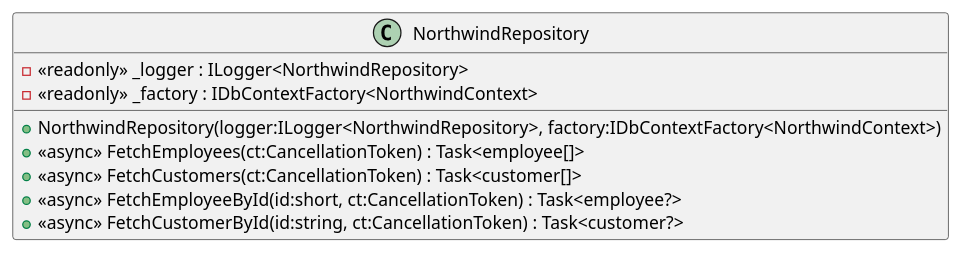
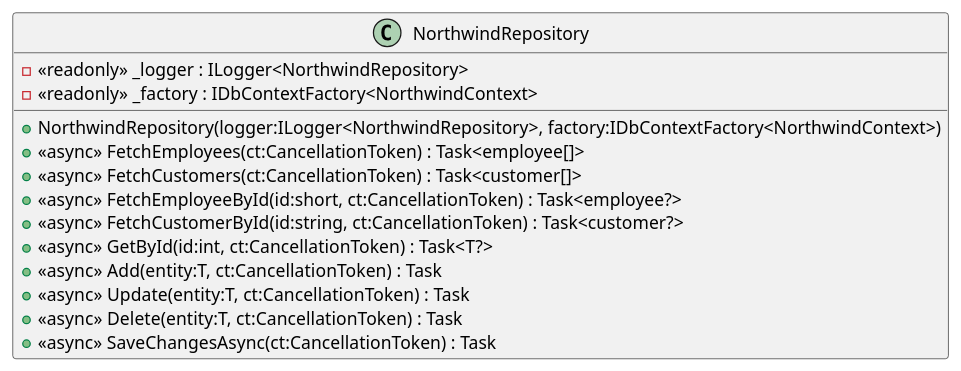
One commit to domoar/Northwind-Api changed the diagram in __extras__/docu/plantuml/NorthwindRepository.puml. Above: the diagram before and after it, drawn with PlantUML. The commit also changed 6 other files, not shown here.

Commit message:
chore: update PlantUML diagrams

```diff
--- a/__extras__/docu/plantuml/NorthwindRepository.puml
+++ b/__extras__/docu/plantuml/NorthwindRepository.puml
@@ -1,11 +1,16 @@
 @startuml
 class NorthwindRepository {
     - <<readonly>> _logger : ILogger<NorthwindRepository>
     - <<readonly>> _factory : IDbContextFactory<NorthwindContext>
     + NorthwindRepository(logger:ILogger<NorthwindRepository>, factory:IDbContextFactory<NorthwindContext>)
     + <<async>> FetchEmployees(ct:CancellationToken) : Task<employee[]>
     + <<async>> FetchCustomers(ct:CancellationToken) : Task<customer[]>
     + <<async>> FetchEmployeeById(id:short, ct:CancellationToken) : Task<employee?>
     + <<async>> FetchCustomerById(id:string, ct:CancellationToken) : Task<customer?>
+    + <<async>> GetById(id:int, ct:CancellationToken) : Task<T?>
+    + <<async>> Add(entity:T, ct:CancellationToken) : Task
+    + <<async>> Update(entity:T, ct:CancellationToken) : Task
+    + <<async>> Delete(entity:T, ct:CancellationToken) : Task
+    + <<async>> SaveChangesAsync(ct:CancellationToken) : Task
 }
 @enduml
```
